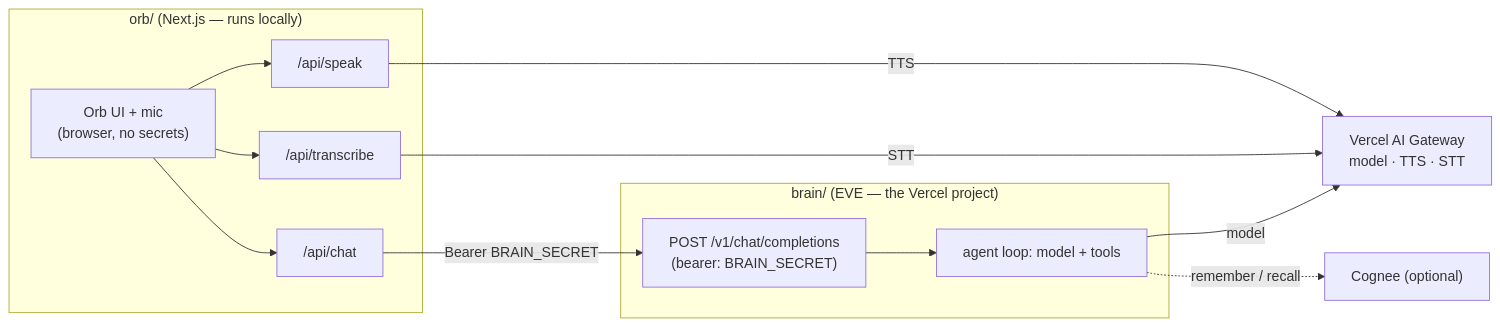
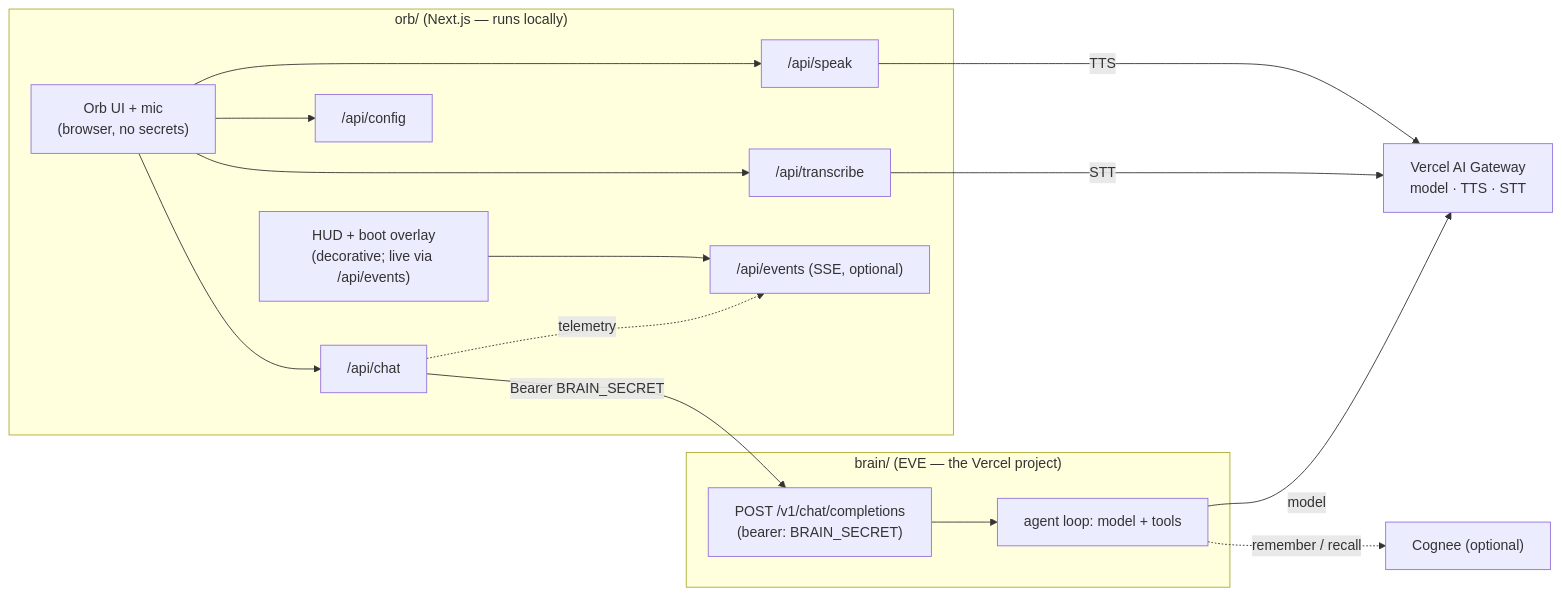
Before and after one commit to tfcbot/jarvis-style-agent: the diagram in PRD.md, drawn with Mermaid. The commit also changed other lines of this file and 2 other files, not shown here.

First line of the commit message:
docs: propagate layered-UI spec to PRD, architecture, overview

````diff
--- a/PRD.md
+++ b/PRD.md
@@ -34,25 +35,30 @@
 ```mermaid
 flowchart LR
   subgraph orb["orb/  (Next.js — runs locally)"]
     UI["Orb UI + mic<br/>(browser, no secrets)"]
     R1["/api/chat"]
     R2["/api/speak"]
     R3["/api/transcribe"]
-    UI --> R1 & R2 & R3
+    R4["/api/events (SSE, optional)"]
+    R5["/api/config"]
+    HUD["HUD + boot overlay<br/>(decorative; live via /api/events)"]
+    UI --> R1 & R2 & R3 & R5
+    HUD --> R4
+    R1 -. "telemetry" .-> R4
   end
 
   subgraph brain["brain/  (EVE — the Vercel project)"]
     SHIM["POST /v1/chat/completions<br/>(bearer: BRAIN_SECRET)"]
     LOOP["agent loop: model + tools"]
     SHIM --> LOOP
   end
 
   GW["Vercel AI Gateway<br/>model · TTS · STT"]
   MEM["Cognee (optional)"]
 
   R1 -- "Bearer BRAIN_SECRET" --> SHIM
   R2 -- "TTS" --> GW
   R3 -- "STT" --> GW
   LOOP -- "model" --> GW
   LOOP -. "remember / recall" .-> MEM
 ```
````
